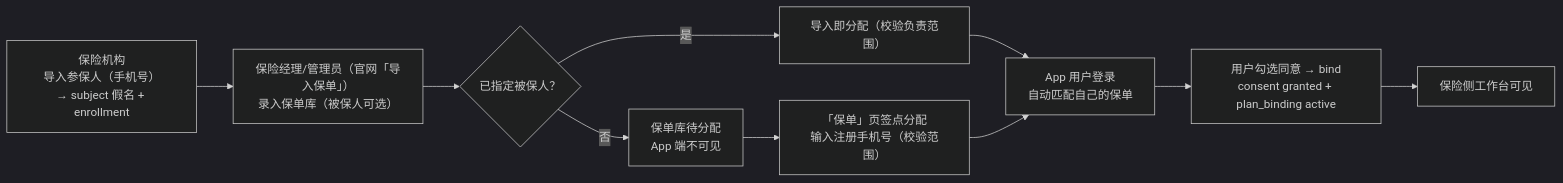
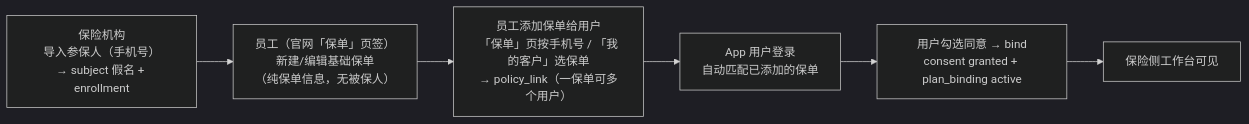
The first of 7 diagrams in docs/保险侧保单创建与派发流程.md (wjmlong/rehealth_tongbu), drawn with Mermaid (dark theme) before and after one commit. The commit also changed other lines of this file and 19 other files, not shown here.

````diff
--- a/docs/保险侧保单创建与派发流程.md
+++ b/docs/保险侧保单创建与派发流程.md
@@ -24,12 +22,8 @@
 ```mermaid
 flowchart LR
-    A["保险机构<br>导入参保人（手机号）<br>→ subject 假名 + enrollment"] --> B["保险经理/管理员（官网「导入保单」）<br>录入保单库（被保人可选）"]
-    B --> C{"已指定被保人？"}
-    C -- 是 --> D["导入即分配（校验负责范围）"]
-    C -- 否 --> E["保单库待分配<br>App 端不可见"]
-    E --> F["「保单」页签点分配<br>输入注册手机号（校验范围）"]
-    D --> G["App 用户登录<br>自动匹配自己的保单"]
-    F --> G
-    G --> H["用户勾选同意 → bind<br>consent granted + plan_binding active"]
-    H --> I["保险侧工作台可见"]
+    A["保险机构<br>导入参保人（手机号）<br>→ subject 假名 + enrollment"] --> B["员工（官网「保单」页签）<br>新建/编辑基础保单<br>（纯保单信息，无被保人）"]
+    B --> C["员工添加保单给用户<br>「保单」页按手机号 / 「我的客户」选保单<br>→ policy_link（一保单可多个用户）"]
+    C --> D["App 用户登录<br>自动匹配已添加的保单"]
+    D --> E["用户勾选同意 → bind<br>consent granted + plan_binding active"]
+    E --> F["保险侧工作台可见"]
 ```
````
